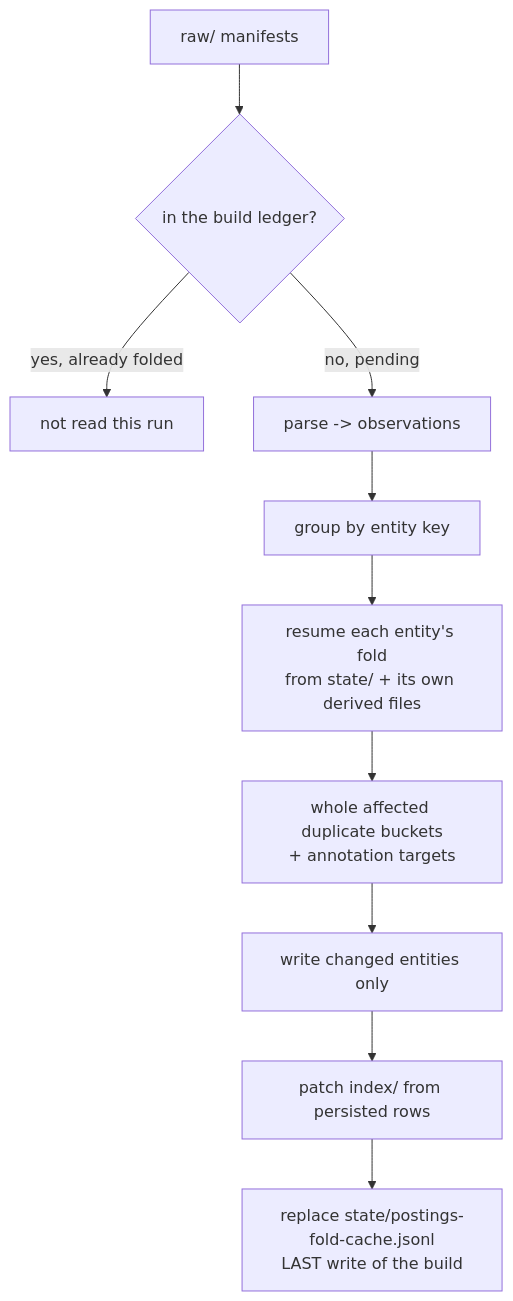
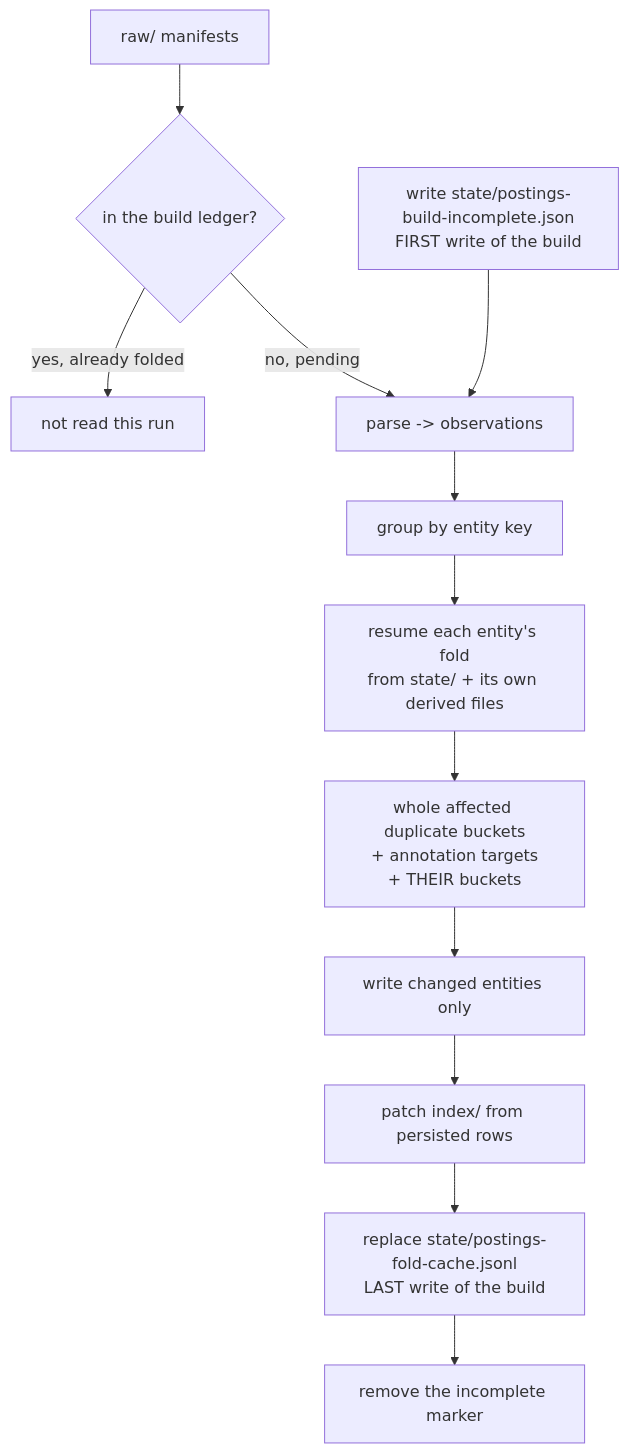
The diagram in docs/designs/raw-data-layer/05-incremental-build.md (QuentinMeow/jobs-finder-toolkit), drawn with Mermaid before and after one commit. The commit also changed other lines of this file and 8 other files, not shown here.

````diff
--- a/docs/designs/raw-data-layer/05-incremental-build.md
+++ b/docs/designs/raw-data-layer/05-incremental-build.md
@@ -108,12 +145,14 @@
 ```mermaid
 flowchart TD
     A[raw/ manifests] --> B{in the build ledger?}
     B -- yes, already folded --> C[not read this run]
     B -- no, pending --> D[parse -> observations]
     D --> E[group by entity key]
     E --> F[resume each entity's fold<br/>from state/ + its own derived files]
-    F --> G[whole affected duplicate buckets<br/>+ annotation targets]
+    F --> G[whole affected duplicate buckets<br/>+ annotation targets<br/>+ THEIR buckets]
     G --> H[write changed entities only]
     H --> I[patch index/ from persisted rows]
     I --> J[replace state/postings-fold-cache.jsonl<br/>LAST write of the build]
+    M[write state/postings-build-incomplete.json<br/>FIRST write of the build] --> D
+    J --> N[remove the incomplete marker]
 ```
````
